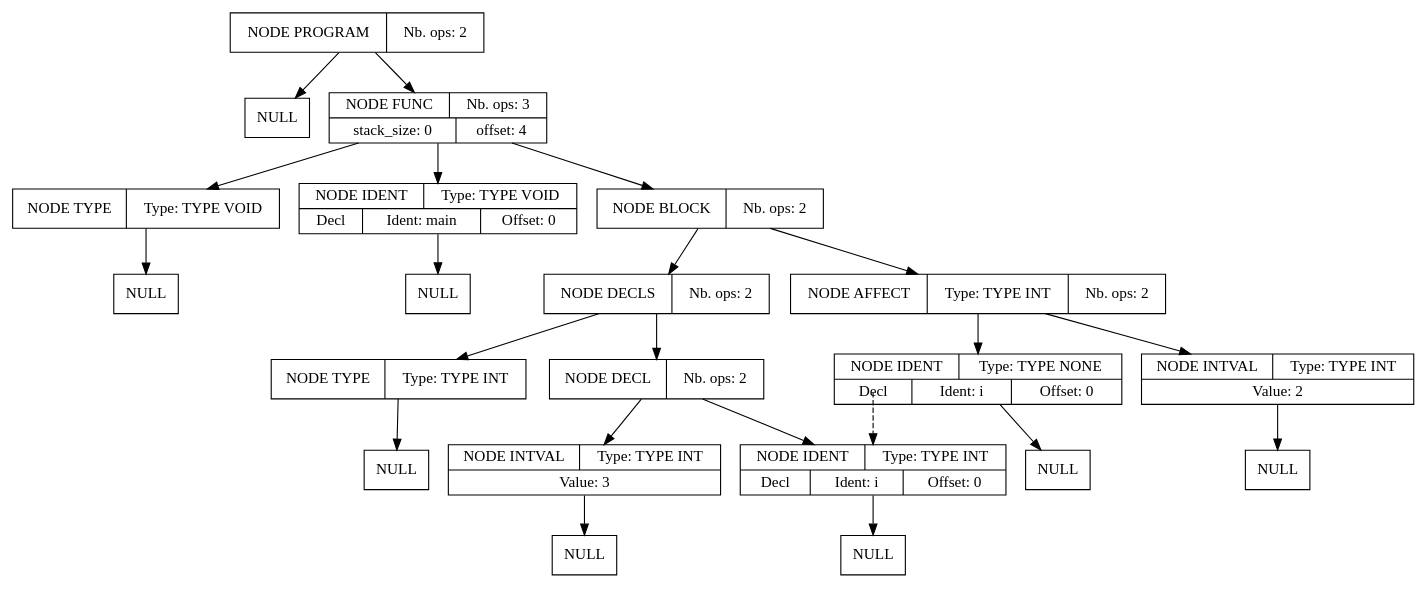
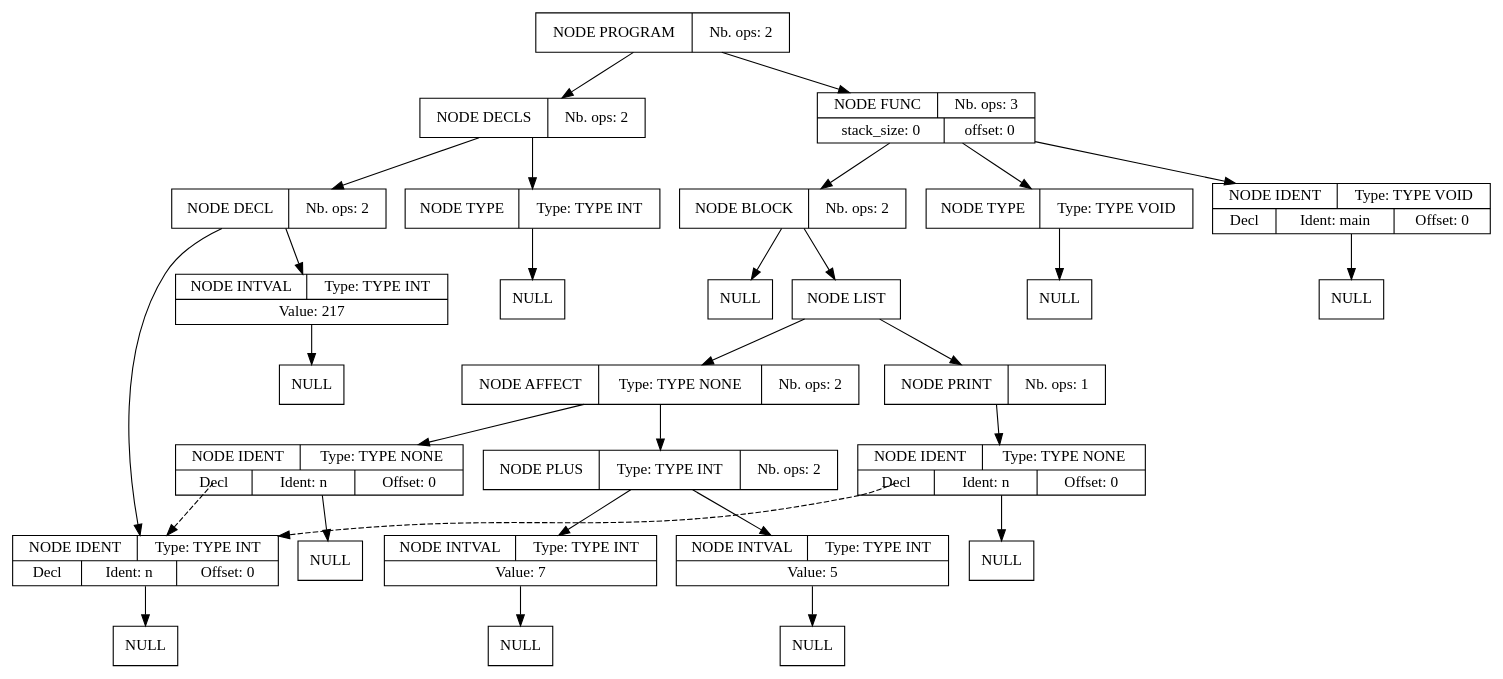
The diagram in projet_compilation_src/src/fichier_dump_fin.dot (Serial-DeV/Compilation), drawn with Graphviz before and after one commit. The commit also changed 17 other files, not shown here.

```diff
--- a/projet_compilation_src/src/fichier_dump_fin.dot
+++ b/projet_compilation_src/src/fichier_dump_fin.dot
@@ -1,65 +1,88 @@
 digraph global_vars {
     N1 [shape=record, label="{{NODE PROGRAM|Nb. ops: 2}}"];
-    N2 [shape=record, label="{{NULL}}"];
-    edge[tailclip=true];
-    N1 -> N2
-    N3 [shape=record, label="{{NODE FUNC|Nb. ops: 3}|{stack_size: 0|offset: 4}}"];
-    N4 [shape=record, label="{{NODE TYPE|Type: TYPE VOID}}"];
-    N5 [shape=record, label="{{NULL}}"];
-    edge[tailclip=true];
-    N4 -> N5
+    N2 [shape=record, label="{{NODE DECLS|Nb. ops: 2}}"];
+    N3 [shape=record, label="{{NODE TYPE|Type: TYPE INT}}"];
+    N4 [shape=record, label="{{NULL}}"];
     edge[tailclip=true];
     N3 -> N4
-    N6 [shape=record, label="{{NODE IDENT|Type: TYPE VOID}|{<decl>Decl      |Ident: main|Offset: 0}}"];
+    edge[tailclip=true];
+    N2 -> N3
+    N5 [shape=record, label="{{NODE DECL|Nb. ops: 2}}"];
+    N6 [shape=record, label="{{NODE IDENT|Type: TYPE INT}|{<decl>Decl      |Ident: n|Offset: 0}}"];
     N7 [shape=record, label="{{NULL}}"];
     edge[tailclip=true];
     N6 -> N7
     edge[tailclip=true];
-    N3 -> N6
-    N8 [shape=record, label="{{NODE BLOCK|Nb. ops: 2}}"];
-    N9 [shape=record, label="{{NODE DECLS|Nb. ops: 2}}"];
-    N10 [shape=record, label="{{NODE TYPE|Type: TYPE INT}}"];
-    N11 [shape=record, label="{{NULL}}"];
+    N5 -> N6
+    N8 [shape=record, label="{{NODE INTVAL|Type: TYPE INT}|{Value: 217}}"];
+    N9 [shape=record, label="{{NULL}}"];
+    edge[tailclip=true];
+    N8 -> N9
+    edge[tailclip=true];
+    N5 -> N8
+    edge[tailclip=true];
+    N2 -> N5
+    edge[tailclip=true];
+    N1 -> N2
+    N10 [shape=record, label="{{NODE FUNC|Nb. ops: 3}|{stack_size: 0|offset: 0}}"];
+    N11 [shape=record, label="{{NODE TYPE|Type: TYPE VOID}}"];
+    N12 [shape=record, label="{{NULL}}"];
+    edge[tailclip=true];
+    N11 -> N12
     edge[tailclip=true];
     N10 -> N11
-    edge[tailclip=true];
-    N9 -> N10
-    N12 [shape=record, label="{{NODE DECL|Nb. ops: 2}}"];
-    N13 [shape=record, label="{{NODE IDENT|Type: TYPE INT}|{<decl>Decl      |Ident: i|Offset: 0}}"];
+    N13 [shape=record, label="{{NODE IDENT|Type: TYPE VOID}|{<decl>Decl      |Ident: main|Offset: 0}}"];
     N14 [shape=record, label="{{NULL}}"];
     edge[tailclip=true];
     N13 -> N14
     edge[tailclip=true];
-    N12 -> N13
-    N15 [shape=record, label="{{NODE INTVAL|Type: TYPE INT}|{Value: 3}}"];
+    N10 -> N13
+    N15 [shape=record, label="{{NODE BLOCK|Nb. ops: 2}}"];
     N16 [shape=record, label="{{NULL}}"];
     edge[tailclip=true];
     N15 -> N16
+    N17 [shape=record, label="{{NODE LIST}}"];
+    N18 [shape=record, label="{{NODE AFFECT|Type: TYPE NONE|Nb. ops: 2}}"];
+    N19 [shape=record, label="{{NODE IDENT|Type: TYPE NONE}|{<decl>Decl      |Ident: n|Offset: 0}}"];
+    edge[tailclip=false];
+    "N19":decl:c -> "N6" [style=dashed]
+    N20 [shape=record, label="{{NULL}}"];
     edge[tailclip=true];
-    N12 -> N15
-    edge[tailclip=true];
-    N9 -> N12
-    edge[tailclip=true];
-    N8 -> N9
-    N17 [shape=record, label="{{NODE AFFECT|Type: TYPE INT|Nb. ops: 2}}"];
-    N18 [shape=record, label="{{NODE IDENT|Type: TYPE NONE}|{<decl>Decl      |Ident: i|Offset: 0}}"];
-    edge[tailclip=false];
-    "N18":decl:c -> "N13" [style=dashed]
-    N19 [shape=record, label="{{NULL}}"];
+    N19 -> N20
     edge[tailclip=true];
     N18 -> N19
+    N21 [shape=record, label="{{NODE PLUS|Type: TYPE INT|Nb. ops: 2}}"];
+    N22 [shape=record, label="{{NODE INTVAL|Type: TYPE INT}|{Value: 5}}"];
+    N23 [shape=record, label="{{NULL}}"];
+    edge[tailclip=true];
+    N22 -> N23
+    edge[tailclip=true];
+    N21 -> N22
+    N24 [shape=record, label="{{NODE INTVAL|Type: TYPE INT}|{Value: 7}}"];
+    N25 [shape=record, label="{{NULL}}"];
+    edge[tailclip=true];
+    N24 -> N25
+    edge[tailclip=true];
+    N21 -> N24
+    edge[tailclip=true];
+    N18 -> N21
     edge[tailclip=true];
     N17 -> N18
-    N20 [shape=record, label="{{NODE INTVAL|Type: TYPE INT}|{Value: 2}}"];
-    N21 [shape=record, label="{{NULL}}"];
+    N26 [shape=record, label="{{NODE PRINT|Nb. ops: 1}}"];
+    N27 [shape=record, label="{{NODE IDENT|Type: TYPE NONE}|{<decl>Decl      |Ident: n|Offset: 0}}"];
+    edge[tailclip=false];
+    "N27":decl:c -> "N6" [style=dashed]
+    N28 [shape=record, label="{{NULL}}"];
     edge[tailclip=true];
-    N20 -> N21
+    N27 -> N28
     edge[tailclip=true];
-    N17 -> N20
+    N26 -> N27
     edge[tailclip=true];
-    N8 -> N17
+    N17 -> N26
     edge[tailclip=true];
-    N3 -> N8
+    N15 -> N17
     edge[tailclip=true];
-    N1 -> N3
+    N10 -> N15
+    edge[tailclip=true];
+    N1 -> N10
 }
```
